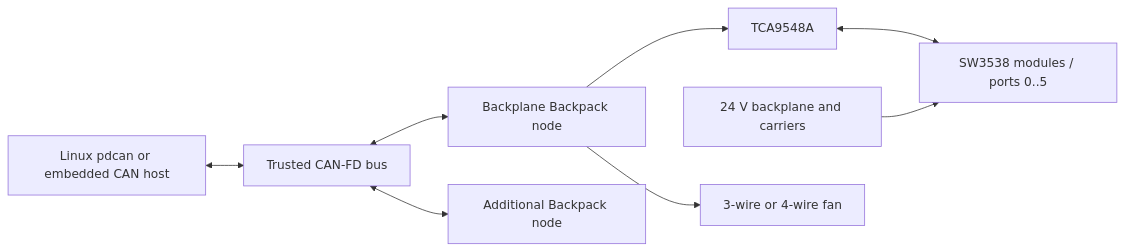
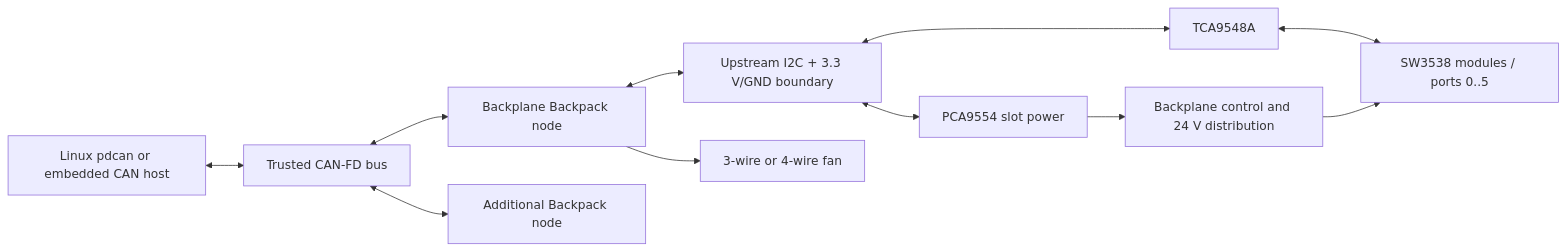
One commit to kquinsland/modular-rack-mount-power-system changed the diagram in docs/system-overview.md. Above: the diagram before and after it, drawn with Mermaid. The commit also changed other lines of this file and 30 other files, not shown here.

Commit message:
feat: add PCA9554 backplane power control

````diff
--- a/docs/system-overview.md
+++ b/docs/system-overview.md
@@ -7,19 +7,24 @@
 ```mermaid
 flowchart LR
     host[Linux pdcan or embedded CAN host]
     can[Trusted CAN-FD bus]
     backpack1[Backplane Backpack node]
     backpack2[Additional Backpack node]
+    boundary[Upstream I2C + 3.3 V/GND boundary]
+    backplane[Backplane control and 24 V distribution]
+    pca[PCA9554 slot power]
     mux[TCA9548A]
     modules[SW3538 modules / ports 0..5]
-    backplane[24 V backplane and carriers]
     fan[3-wire or 4-wire fan]
 
     host <--> can
     can <--> backpack1
     can <--> backpack2
-    backpack1 --> mux
+    backpack1 <--> boundary
+    boundary <--> pca
+    boundary <--> mux
+    pca --> backplane
     mux <--> modules
     backplane --> modules
     backpack1 --> fan
 ```
````
